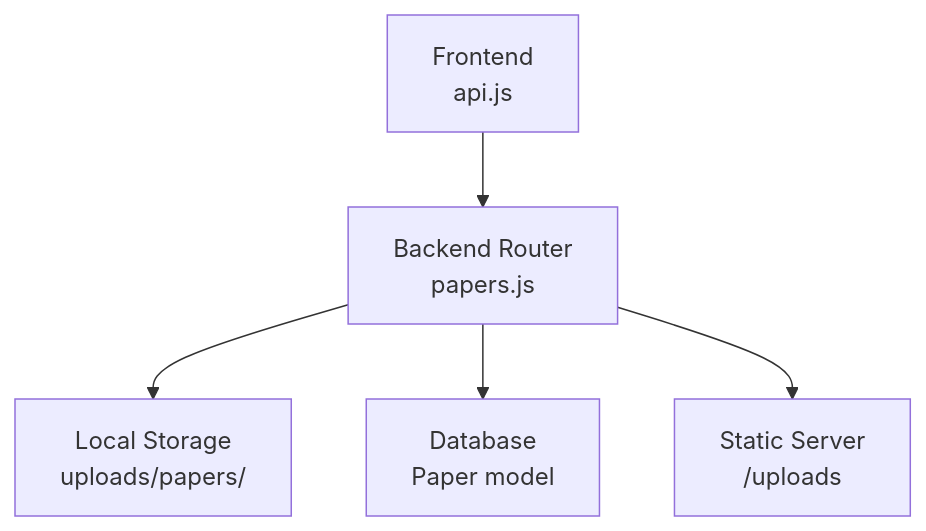
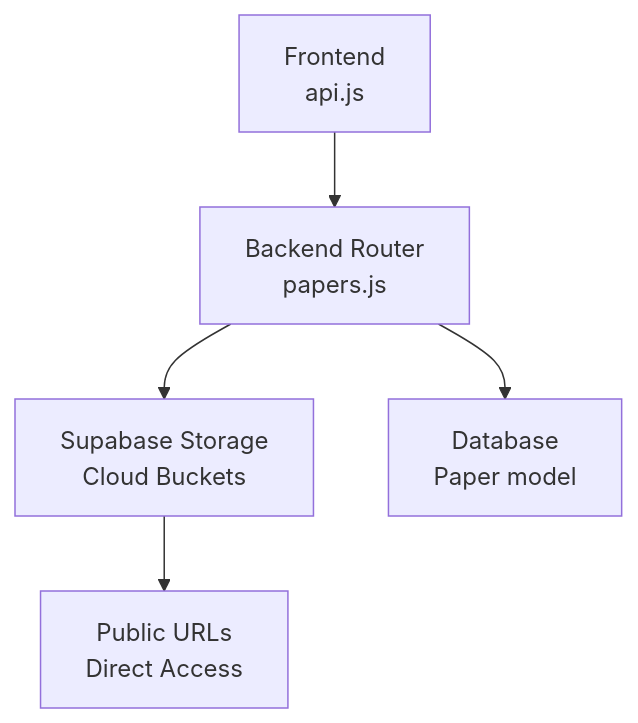
Before and after one commit to ZandileMkontwana/olympiad-portal: the first of 8 diagrams in .qoder/repowiki/en/content/Paper Distribution System/File Upload and Download.md, drawn with Mermaid. The commit also changed other lines of this file and 16 other files, not shown here.

Commit message:
fix: test(backend): update tests for Clerk auth and Supabase storage

````diff
--- a/.qoder/repowiki/en/content/Paper Distribution System/File Upload and Download.md
+++ b/.qoder/repowiki/en/content/Paper Distribution System/File Upload and Download.md
@@ -33,7 +42,7 @@
 ```mermaid
 graph TB
 FE["Frontend<br/>api.js"] --> BE["Backend Router<br/>papers.js"]
-BE --> FS["Local Storage<br/>uploads/papers/"]
+BE --> SB["Supabase Storage<br/>Cloud Buckets"]
 BE --> DB["Database<br/>Paper model"]
-BE --> Static["Static Server<br/>/uploads"]
+SB --> URL["Public URLs<br/>Direct Access"]
 ```
````
